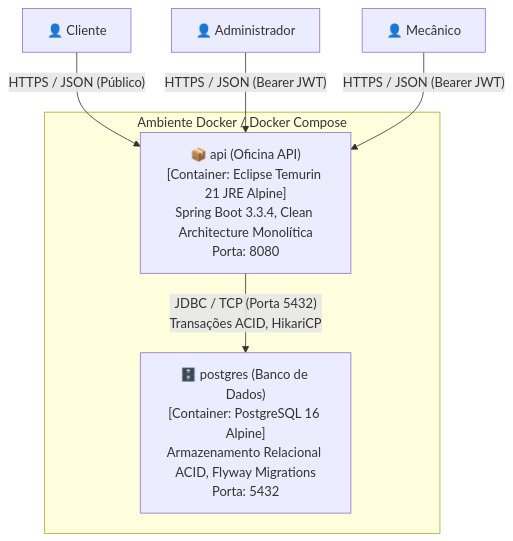
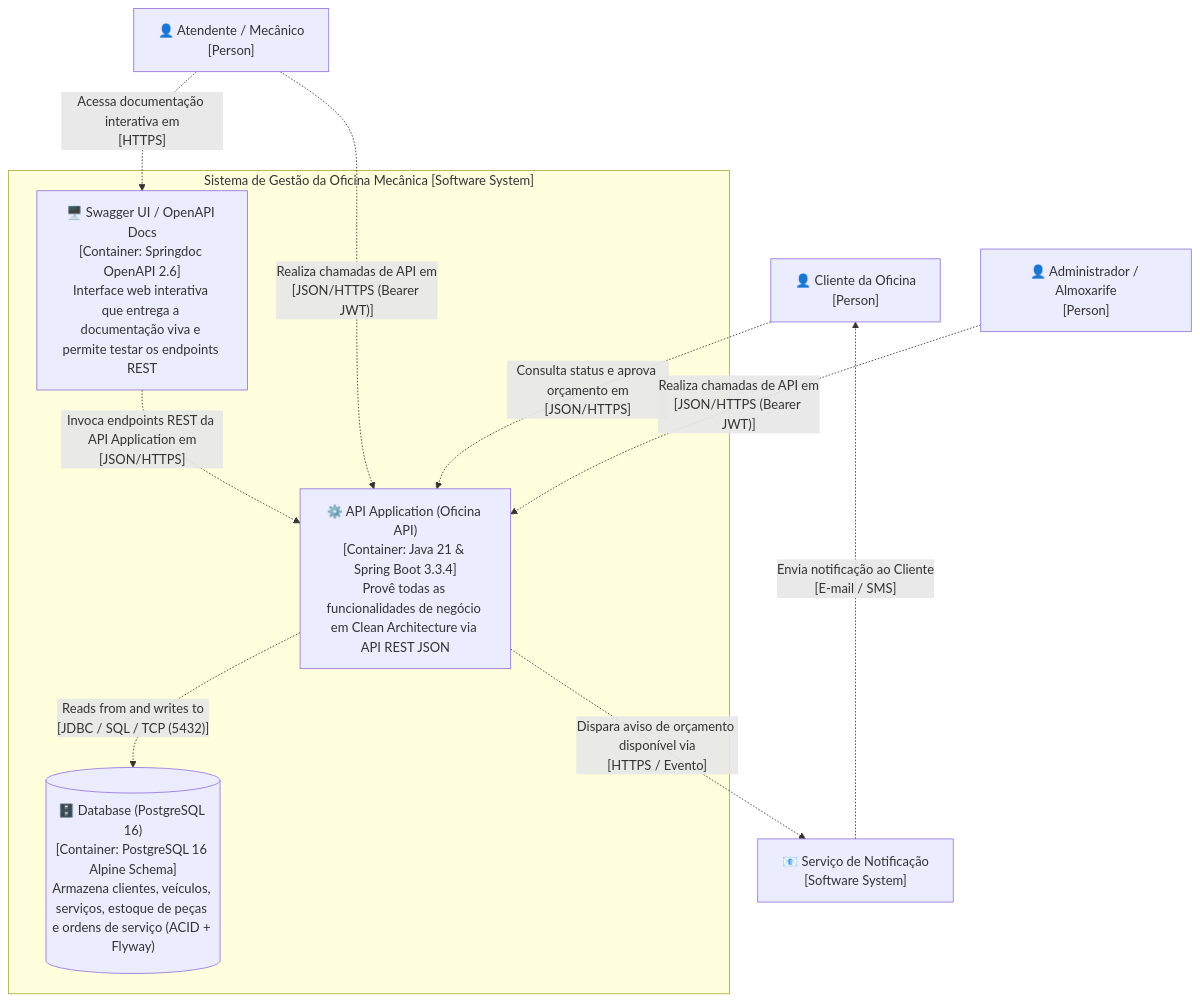
Before and after one commit to ThiagoArakix/tech-challenge: the second of 3 diagrams in docs/architecture/c4-model.md, drawn with Mermaid. The commit also changed other lines of this file and 77 other files, not shown here.

````diff
--- a/docs/architecture/c4-model.md
+++ b/docs/architecture/c4-model.md
@@ -36,17 +80,23 @@
 ```mermaid
 flowchart TD
-    Cliente["👤 Cliente"]
-    Admin["👤 Administrador"]
-    Mecanico["👤 Mecânico"]
+    Cliente["👤 Cliente da Oficina<br/>[Person]"]
+    Operacional["👤 Atendente / Mecânico<br/>[Person]"]
+    Admin["👤 Administrador / Almoxarife<br/>[Person]"]
 
-    subgraph DockerCompose["Ambiente Docker / Docker Compose"]
-        ApiCont["📦 api (Oficina API)<br/>[Container: Eclipse Temurin 21 JRE Alpine]<br/>Spring Boot 3.3.4, Clean Architecture Monolítica<br/>Porta: 8080"]
-        DbCont["🗄️ postgres (Banco de Dados)<br/>[Container: PostgreSQL 16 Alpine]<br/>Armazenamento Relacional ACID, Flyway Migrations<br/>Porta: 5432"]
+    subgraph BoundarySistema["Sistema de Gestão da Oficina Mecânica [Software System]"]
+        SwaggerUI["🖥️ Swagger UI / OpenAPI Docs<br/>[Container: Springdoc OpenAPI 2.6]<br/>Interface web interativa que entrega a documentação viva e permite testar os endpoints REST"]
+        ApiApp["⚙️ API Application (Oficina API)<br/>[Container: Java 21 & Spring Boot 3.3.4]<br/>Provê todas as funcionalidades de negócio em Clean Architecture via API REST JSON"]
+        Database[("🗄️ Database (PostgreSQL 16)<br/>[Container: PostgreSQL 16 Alpine Schema]<br/>Armazena clientes, veículos, serviços, estoque de peças e ordens de serviço (ACID + Flyway)")]
     end
 
-    Cliente -->|"HTTPS / JSON (Público)"| ApiCont
-    Admin -->|"HTTPS / JSON (Bearer JWT)"| ApiCont
-    Mecanico -->|"HTTPS / JSON (Bearer JWT)"| ApiCont
+    NotifSys["📧 Serviço de Notificação<br/>[Software System]"]
 
-    ApiCont -->|"JDBC / TCP (Porta 5432)<br/>Transações ACID, HikariCP"| DbCont
+    Cliente -.->|"Consulta status e aprova orçamento em<br/>[JSON/HTTPS]"| ApiApp
+    Operacional -.->|"Acessa documentação interativa em<br/>[HTTPS]"| SwaggerUI
+    Operacional -.->|"Realiza chamadas de API em<br/>[JSON/HTTPS (Bearer JWT)]"| ApiApp
+    Admin -.->|"Realiza chamadas de API em<br/>[JSON/HTTPS (Bearer JWT)]"| ApiApp
+    SwaggerUI -.->|"Invoca endpoints REST da API Application em<br/>[JSON/HTTPS]"| ApiApp
+    ApiApp -.->|"Reads from and writes to<br/>[JDBC / SQL / TCP (5432)]"| Database
+    ApiApp -.->|"Dispara aviso de orçamento disponível via<br/>[HTTPS / Evento]"| NotifSys
+    NotifSys -.->|"Envia notificação ao Cliente<br/>[E-mail / SMS]"| Cliente
 ```
````
